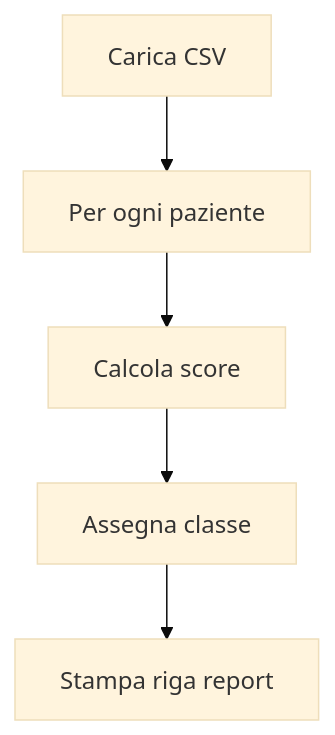
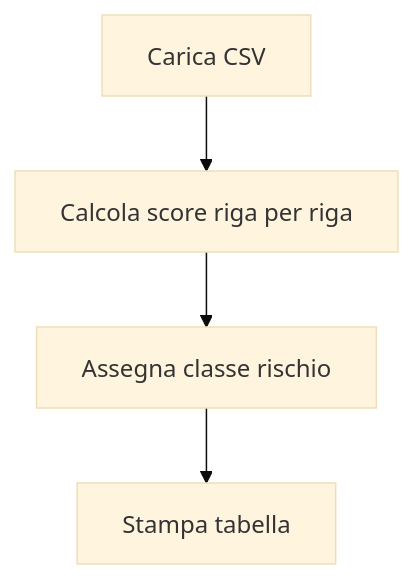
One commit to lucadagati/Lab_Fondamenti_di_Informatica_25_26 changed the second of 10 diagrams in 04-python-jupyter-analisi-biomedica/README.md. Above: the diagram before and after it, drawn with Mermaid (base theme). The commit also changed other lines of this file and 11 other files, not shown here.

````diff
--- a/04-python-jupyter-analisi-biomedica/README.md
+++ b/04-python-jupyter-analisi-biomedica/README.md
@@ -58,7 +61,6 @@
 ```mermaid
 flowchart TD
-    A[Carica CSV] --> B[Per ogni paziente]
-    B --> C[Calcola score]
-    C --> D[Assegna classe]
-    D --> E[Stampa riga report]
+    A[Carica CSV] --> B[Calcola score riga per riga]
+    B --> C[Assegna classe rischio]
+    C --> D[Stampa tabella]
 ```
````
